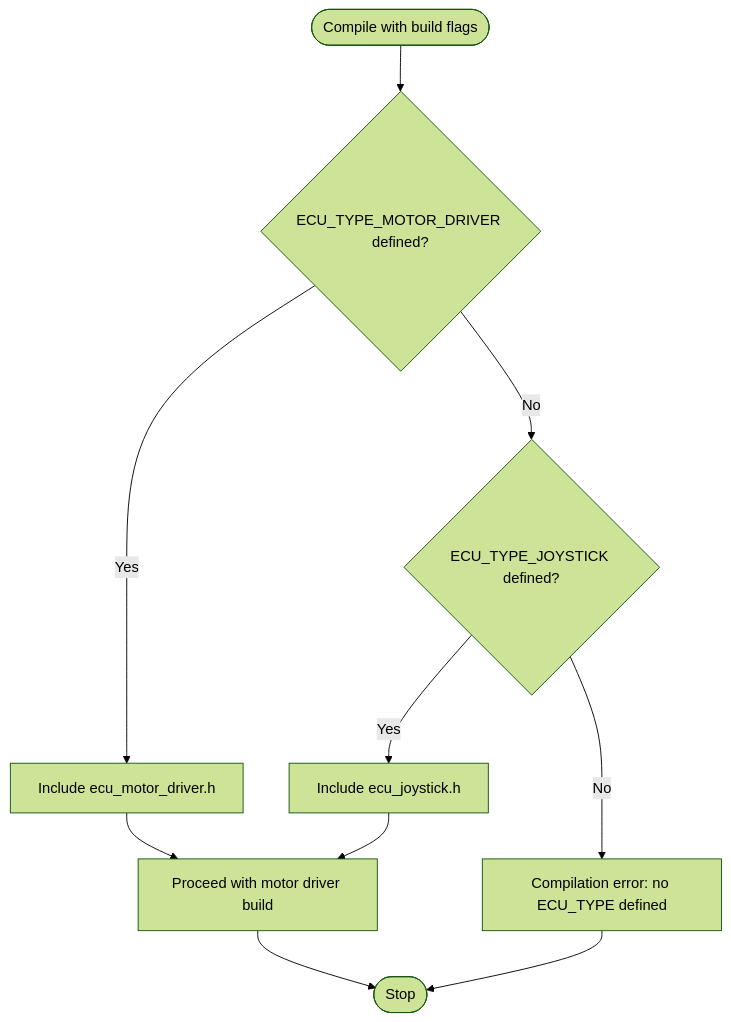
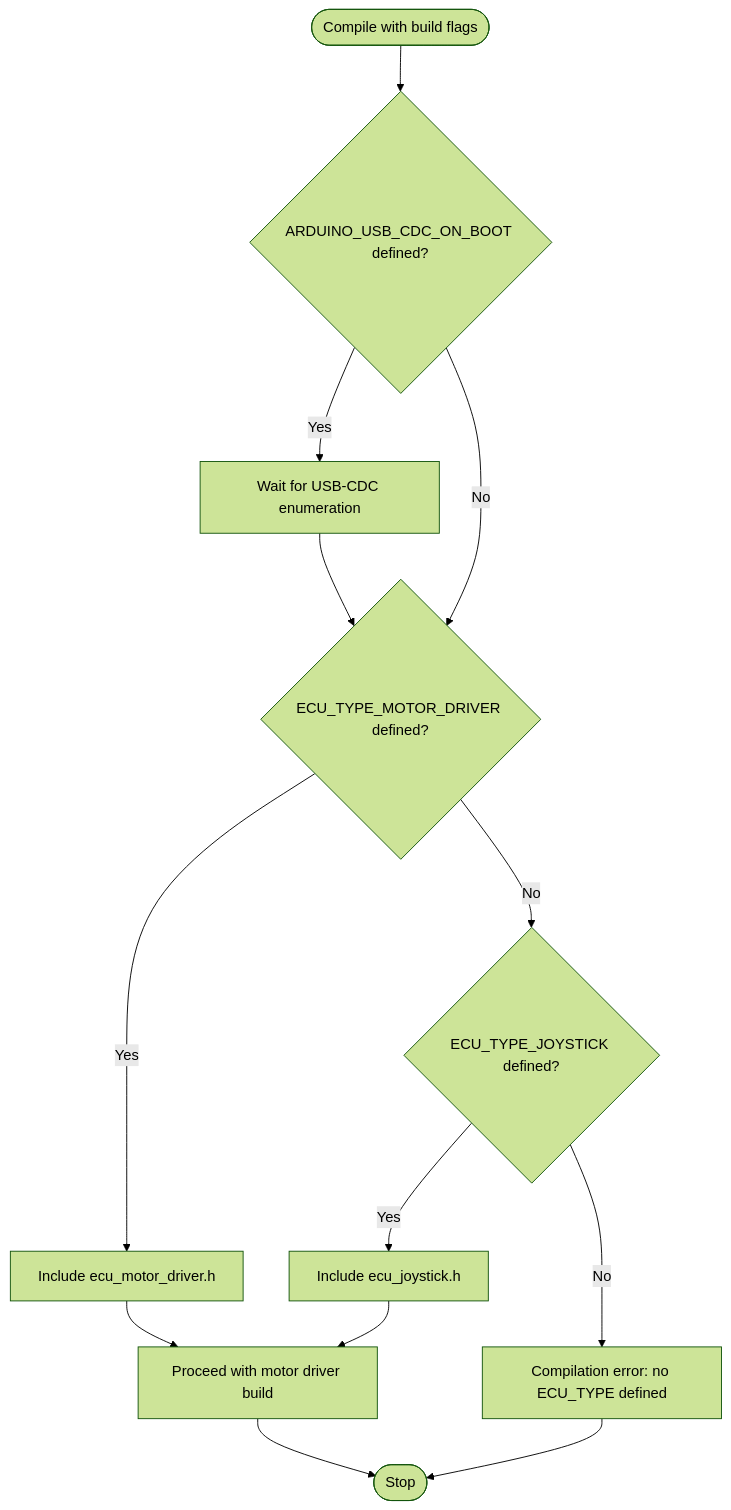
Before and after one commit to gunicsba/ESP_CAN_ECU_joystick_collection: the third of 8 diagrams in .qoder/repowiki/en/content/Software Architecture/Build System Configuration.md, drawn with Mermaid (forest theme). The commit also changed other lines of this file and 11 other files, not shown here.

````diff
--- a/.qoder/repowiki/en/content/Software Architecture/Build System Configuration.md
+++ b/.qoder/repowiki/en/content/Software Architecture/Build System Configuration.md
@@ -172,12 +207,15 @@
 ```mermaid
 flowchart TD
-Start(["Compile with build flags"]) --> CheckMD{"ECU_TYPE_MOTOR_DRIVER defined?"}
+Start(["Compile with build flags"]) --> CheckCDC{"ARDUINO_USB_CDC_ON_BOOT defined?"}
+CheckCDC --> |Yes| WaitUSB["Wait for USB-CDC enumeration"]
+CheckCDC --> |No| CheckMD{"ECU_TYPE_MOTOR_DRIVER defined?"}
+WaitUSB --> CheckMD
 CheckMD --> |Yes| IncludeMD["Include ecu_motor_driver.h"]
 CheckMD --> |No| CheckJoy{"ECU_TYPE_JOYSTICK defined?"}
 CheckJoy --> |Yes| IncludeJoy["Include ecu_joystick.h"]
 CheckJoy --> |No| Error["Compilation error: no ECU_TYPE defined"]
 IncludeMD --> Build["Proceed with motor driver build"]
 IncludeJoy --> Build
 Error --> End(["Stop"])
 Build --> End
 ```
````
